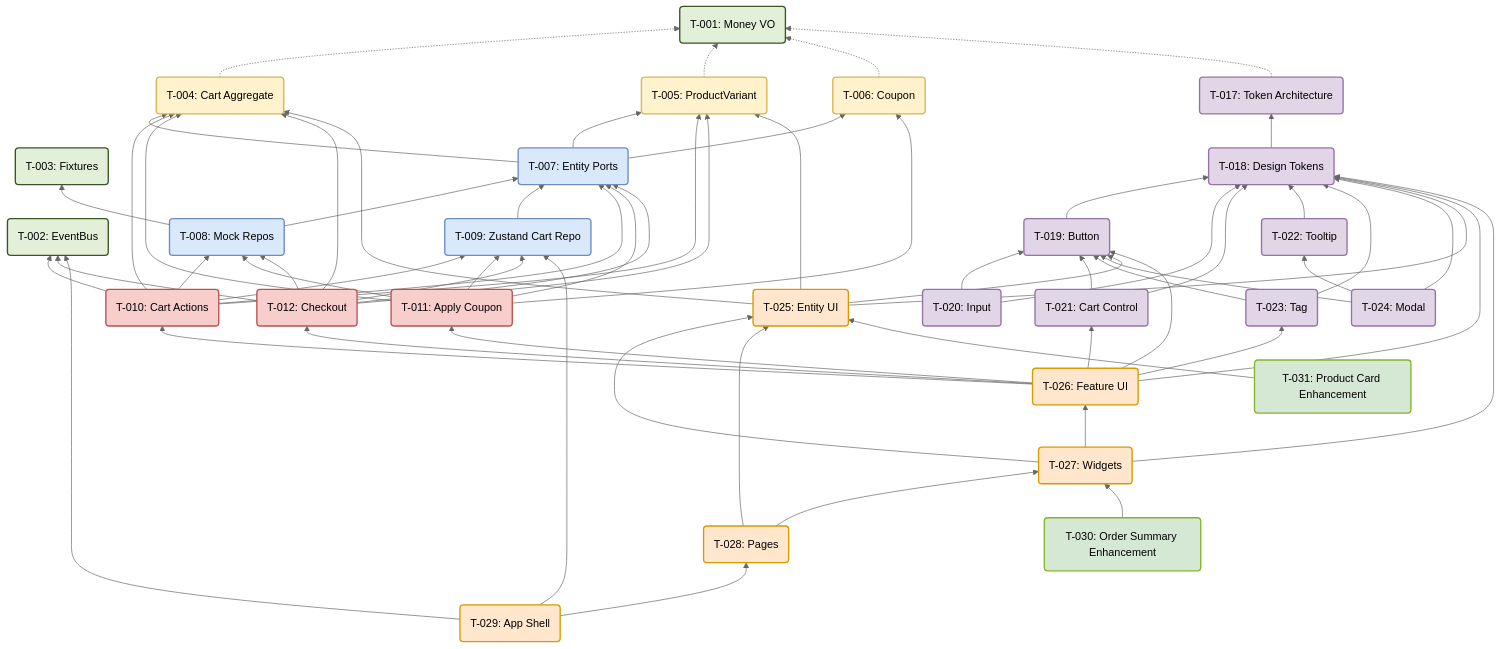
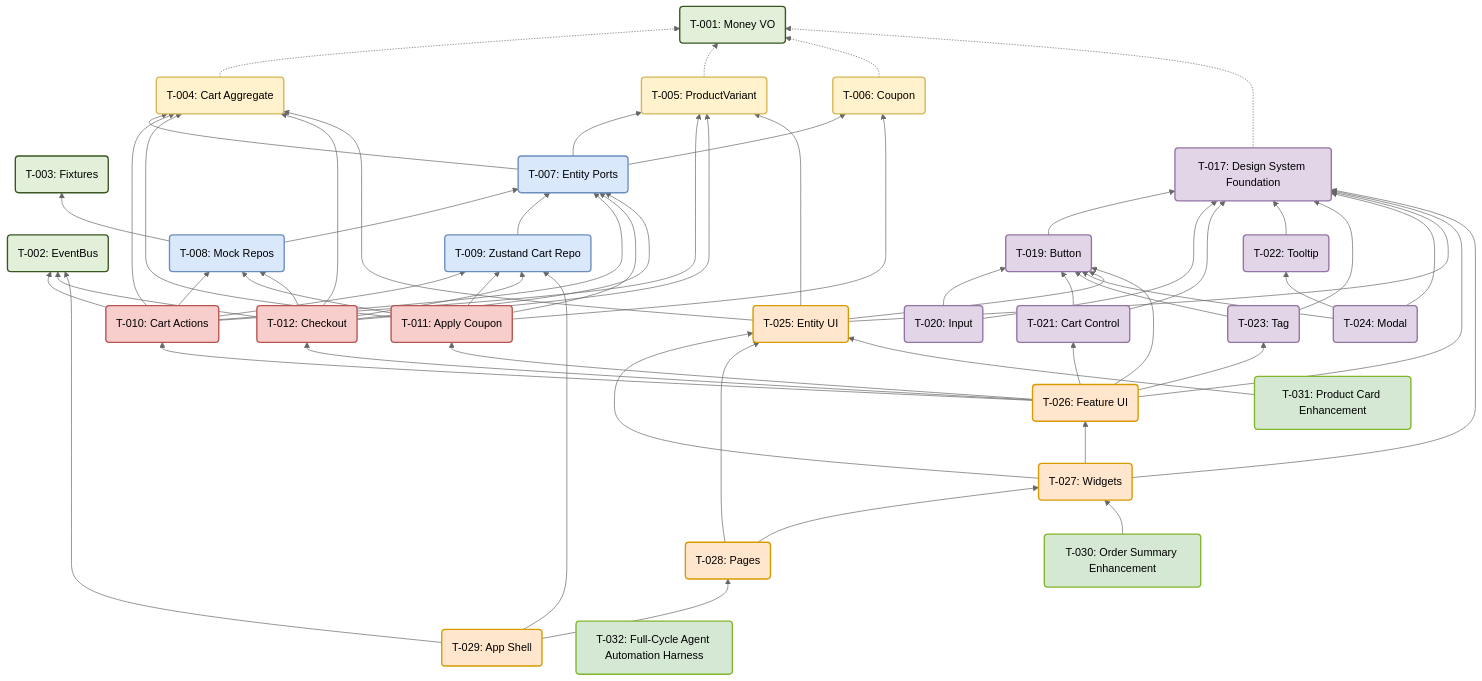
The diagram in docs/TICKETS.md (PavelPetrovich87/fsd-shopping-cart), drawn with Mermaid (neutral theme) before and after one commit. The commit also changed other lines of this file and 2 other files, not shown here.

Commit message:
docs: update TICKETS dependencies, document Tailwind v4 token trap

````diff
--- a/docs/TICKETS.md
+++ b/docs/TICKETS.md
@@ -790,76 +837,75 @@
 ```mermaid
 graph BT
     classDef t1 fill:#e2f0d9,stroke:#385723,stroke-width:2px
     classDef t2 fill:#fff2cc,stroke:#d6b656,stroke-width:2px
     classDef t3 fill:#dae8fc,stroke:#6c8ebf,stroke-width:2px
     classDef t4 fill:#f8cecc,stroke:#b85450,stroke-width:2px
     classDef t5 fill:#e1d5e7,stroke:#9673a6,stroke-width:2px
     classDef t6 fill:#ffe6cc,stroke:#d79b00,stroke-width:2px
     classDef t7 fill:#d5e8d4,stroke:#82b62a,stroke-width:2px
 
     T001("T-001: Money VO"):::t1
     T002("T-002: EventBus"):::t1
     T003("T-003: Fixtures"):::t1
 
     T004("T-004: Cart Aggregate"):::t2
     T005("T-005: ProductVariant"):::t2
     T006("T-006: Coupon"):::t2
 
     T007("T-007: Entity Ports"):::t3
     T008("T-008: Mock Repos"):::t3
     T009("T-009: Zustand Cart Repo"):::t3
 
     T010("T-010: Cart Actions"):::t4
     T011("T-011: Apply Coupon"):::t4
     T012("T-012: Checkout"):::t4
 
-    T017("T-017: Token Architecture"):::t5
-    T018("T-018: Design Tokens"):::t5
+    T017("T-017: Design System Foundation"):::t5
     T019("T-019: Button"):::t5
     T020("T-020: Input"):::t5
     T021("T-021: Cart Control"):::t5
     T022("T-022: Tooltip"):::t5
     T023("T-023: Tag"):::t5
     T024("T-024: Modal"):::t5
 
     T025("T-025: Entity UI"):::t6
     T026("T-026: Feature UI"):::t6
     T027("T-027: Widgets"):::t6
 
     T028("T-028: Pages"):::t6
     T029("T-029: App Shell"):::t6
 
     T030("T-030: Order Summary Enhancement"):::t7
     T031("T-031: Product Card Enhancement"):::t7
+    T032("T-032: Full-Cycle Agent Automation Harness"):::t7
 
     T004 -.-> T001
     T005 -.-> T001
     T006 -.-> T001
 
     T007 --> T004 & T005 & T006
     T008 --> T003 & T007
     T009 --> T007
 
     T010 --> T004 & T005 & T007 & T008 & T009 & T002
     T011 --> T004 & T006 & T007 & T008 & T009
     T012 --> T004 & T005 & T007 & T008 & T009 & T002
 
     T017 -.-> T001
-    T018 --> T017
-    T019 --> T018
-    T020 --> T018 & T019
-    T021 --> T018 & T019
-    T022 --> T018
-    T023 --> T018 & T019
-    T024 --> T018 & T019 & T022
+    T019 --> T017
+    T020 --> T017 & T019
+    T021 --> T017 & T019
+    T022 --> T017
+    T023 --> T017 & T019
+    T024 --> T017 & T019 & T022
 
-    T025 --> T004 & T005 & T018 & T019
-    T026 --> T010 & T011 & T012 & T018 & T019 & T021 & T023
-    T027 --> T025 & T026 & T018
+    T025 --> T004 & T005 & T017 & T019
+    T026 --> T010 & T011 & T012 & T017 & T019 & T021 & T023
+    T027 --> T025 & T026 & T017
 
     T028 --> T027 & T025
     T029 --> T028 & T002 & T009
 
     T030 --> T027
     T031 --> T025
 ```
````
